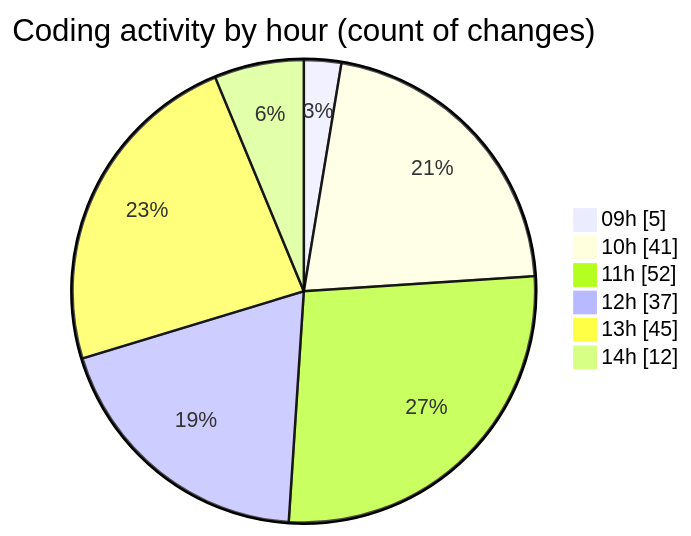
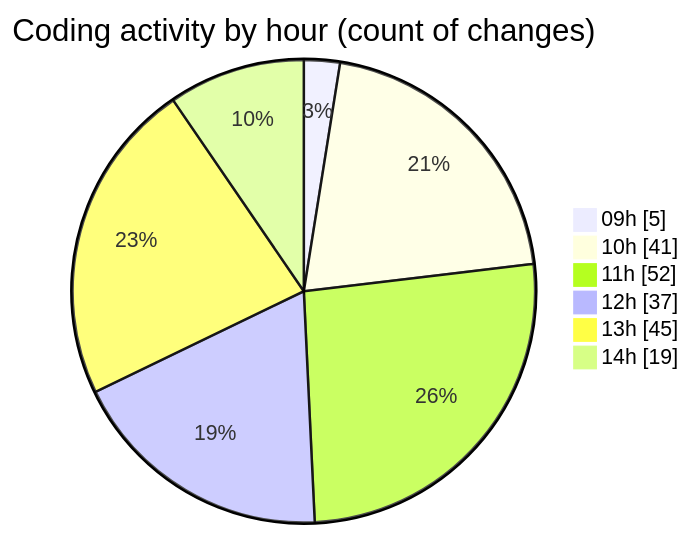
The second of 2 diagrams in 2026-04-27/cda/README.md (momahboobian/code-tracking), drawn with Mermaid before and after one commit. The commit also changed other lines of this file and 1 other file, not shown here.

````diff
--- a/2026-04-27/cda/README.md
+++ b/2026-04-27/cda/README.md
@@ -57,10 +57,10 @@
 ```mermaid
 pie showData
 title Coding activity by hour (count of changes)
 "09h" : 5
 "10h" : 41
 "11h" : 52
 "12h" : 37
 "13h" : 45
-"14h" : 12
+"14h" : 19
 ```
````
